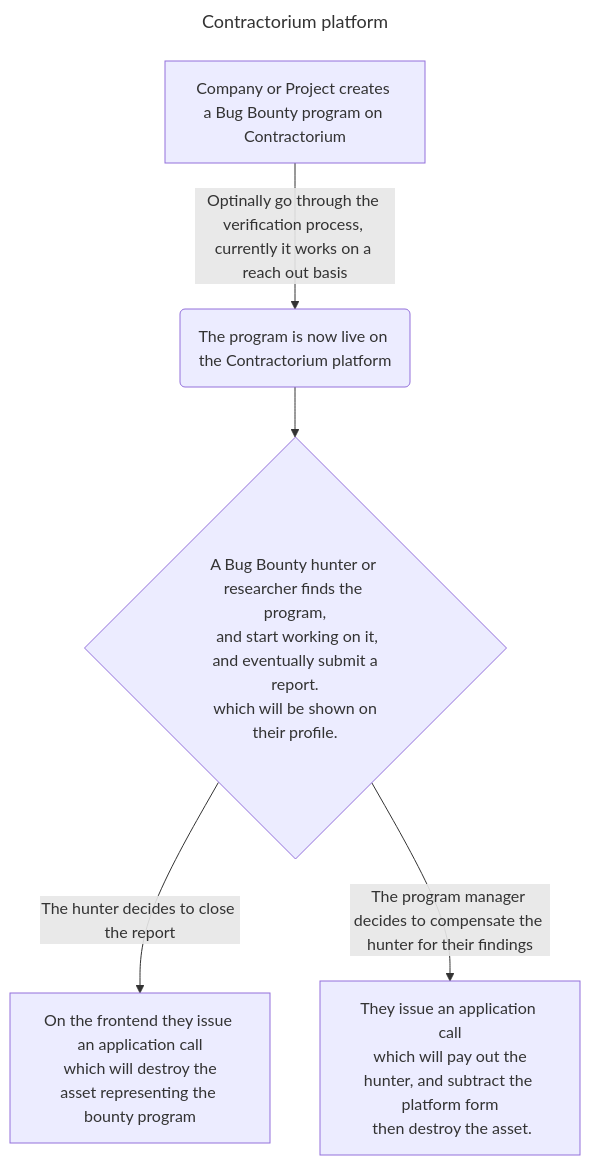
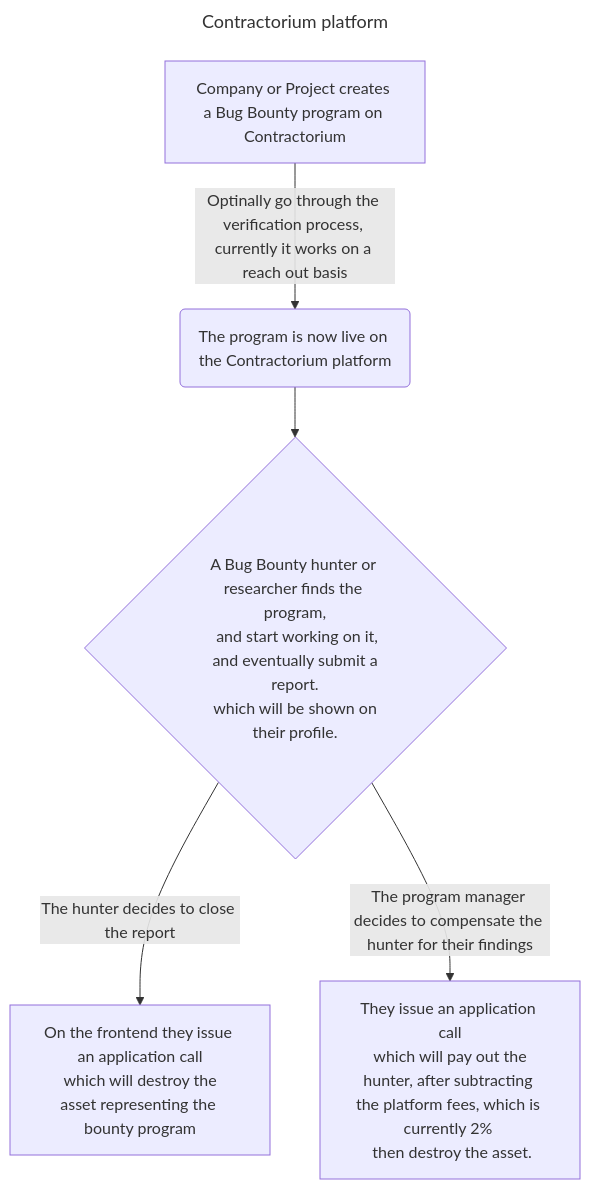
The diagram in README.md (D0rs4n/contractorium-frontend), drawn with Mermaid before and after one commit.

````diff
--- a/README.md
+++ b/README.md
@@ -11,11 +11,11 @@
 ```mermaid
 ---
 title: Contractorium platform
 ---
 graph TD
     A[Company or Project creates a Bug Bounty program on Contractorium] -->|Optinally go through the verification process, currently it works on a reach out basis| B(The program is now live on the Contractorium platform)
     B --> C{A Bug Bounty hunter or researcher finds the program,\n and start working on it,\n and eventually submit a report.\n which will be shown on their profile.}
     C -->|The hunter decides to close the report| D[On the frontend they issue an application call\n which will destroy the asset representing the bounty program]
-    C -->|The program manager decides to compensate the hunter for their findings| E[They issue an application call\n which will pay out the hunter, and subtract the platform form\n then destroy the asset.]
+    C -->|The program manager decides to compensate the hunter for their findings| E[They issue an application call\n which will pay out the hunter, after subtracting the platform fees, which is currently 2% \n then destroy the asset.]
   
 ```
````
